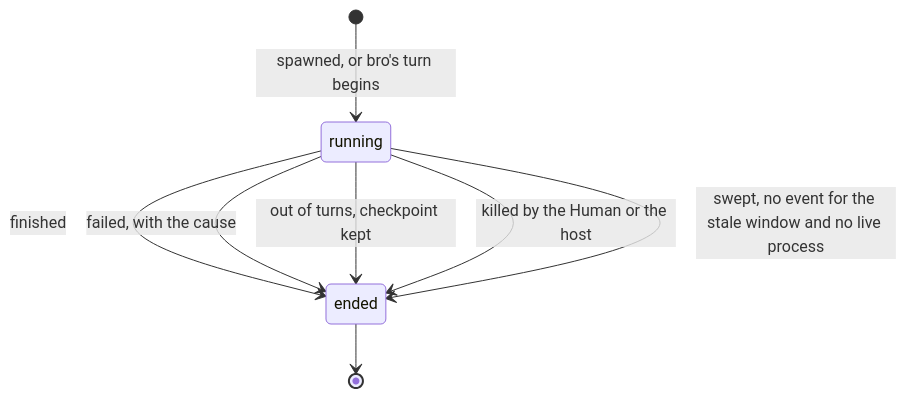
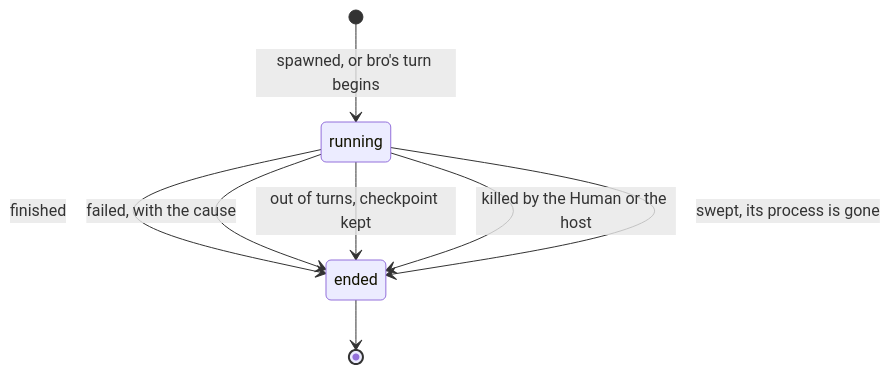
The third of 6 diagrams in docs/architecture/TRAJECTORY.md (trustmybot/plugin), drawn with Mermaid before and after one commit. The commit also changed other lines of this file and 7 other files, not shown here.

Commit message:
📝 docs(architecture): apply the Human's review of bro's calls (GH 3260)

````diff
--- a/docs/architecture/TRAJECTORY.md
+++ b/docs/architecture/TRAJECTORY.md
@@ -49,10 +50,10 @@
 ```mermaid
 stateDiagram-v2
     [*] --> running: spawned, or bro's turn begins
     running --> ended: finished
     running --> ended: failed, with the cause
     running --> ended: out of turns, checkpoint kept
     running --> ended: killed by the Human or the host
-    running --> ended: swept, no event for the stale window and no live process
+    running --> ended: swept, its process is gone
     ended --> [*]
 ```
````
